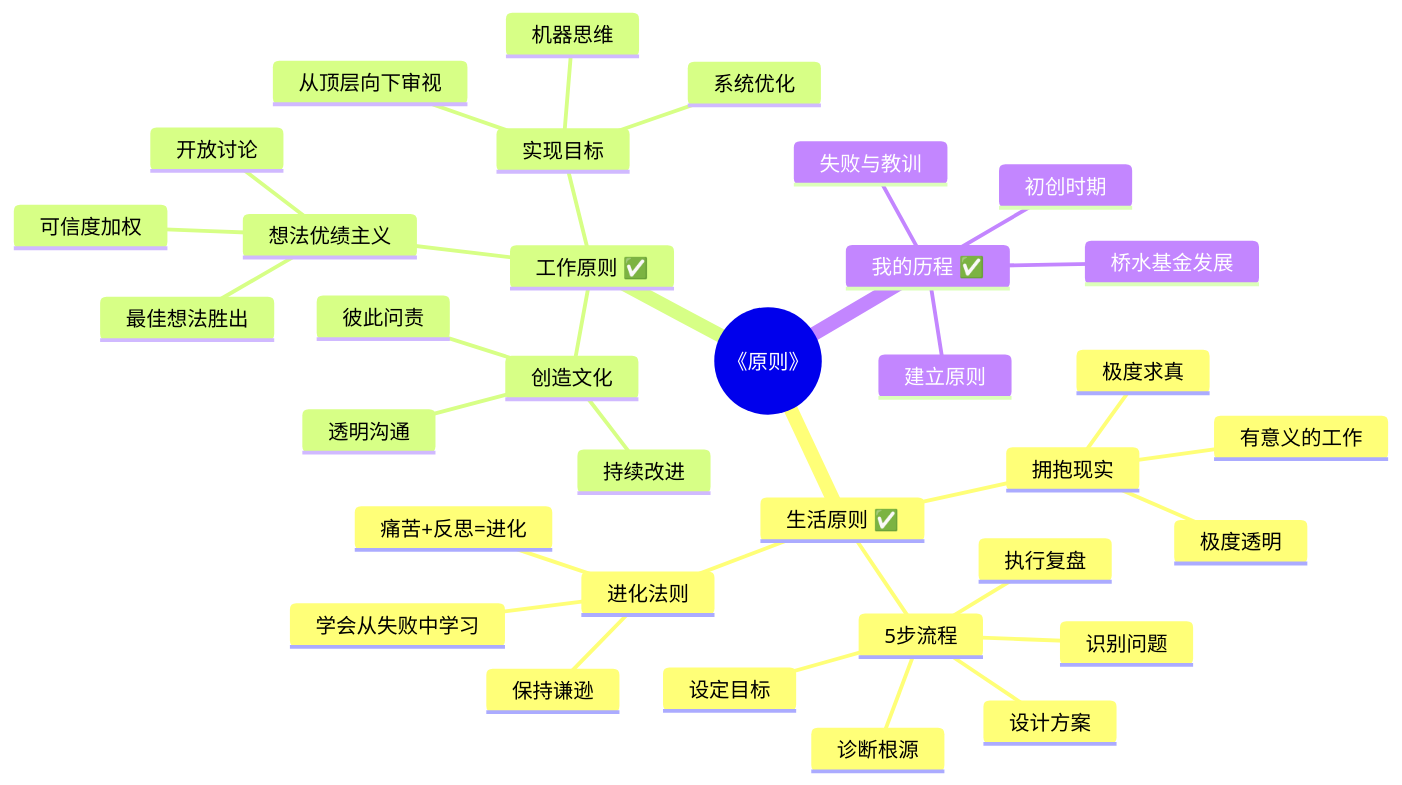
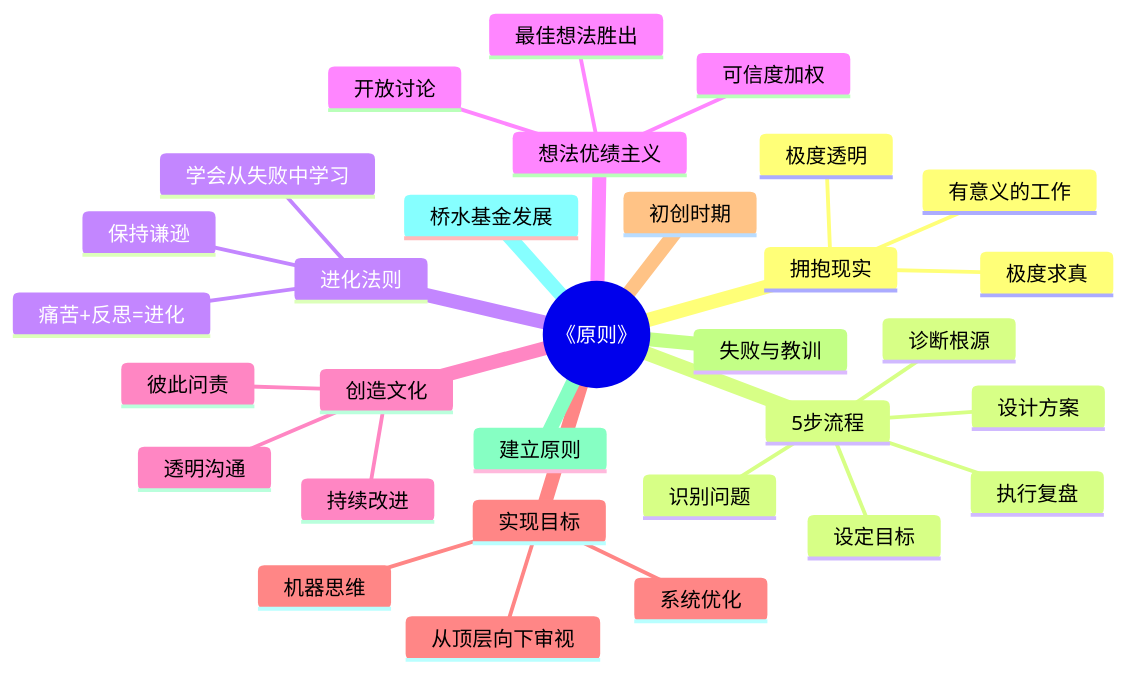
One commit to ql-wade/buffett-knowledge-base changed the first of 2 diagrams in content/tech/原则-章节拆解/_导航.md. Above: the diagram before and after it, drawn with Mermaid. The commit also changed other lines of this file and 77 other files, not shown here.

````diff
--- a/content/tech/原则-章节拆解/_导航.md
+++ b/content/tech/原则-章节拆解/_导航.md
@@ -12,37 +11,34 @@
 ```mermaid
 mindmap
 root((《原则》))
-    生活原则 ✅
       拥抱现实
         极度求真
         极度透明
         有意义的工作
       5步流程
         设定目标
         识别问题
         诊断根源
         设计方案
         执行复盘
       进化法则
         痛苦+反思=进化
         学会从失败中学习
         保持谦逊
-    工作原则 ✅
       想法优绩主义
         最佳想法胜出
         可信度加权
         开放讨论
       创造文化
         透明沟通
         彼此问责
         持续改进
       实现目标
         从顶层向下审视
         机器思维
         系统优化
-    我的历程 ✅
       初创时期
       失败与教训
       建立原则
       桥水基金发展
 ```
````
